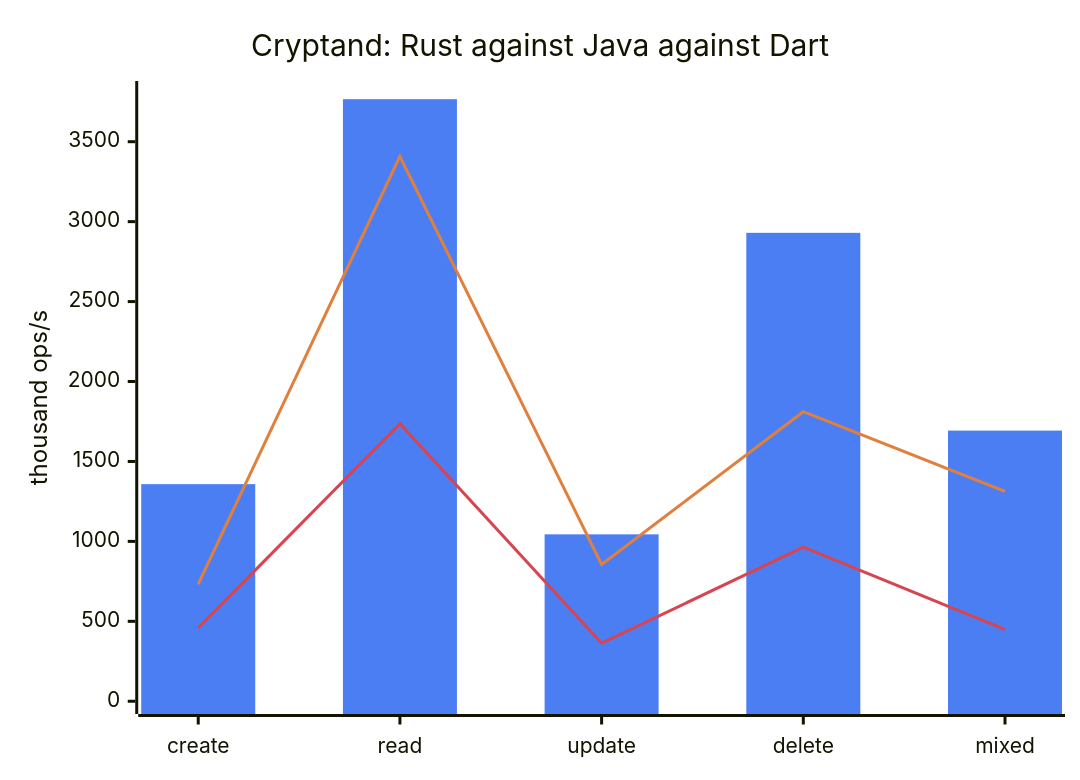
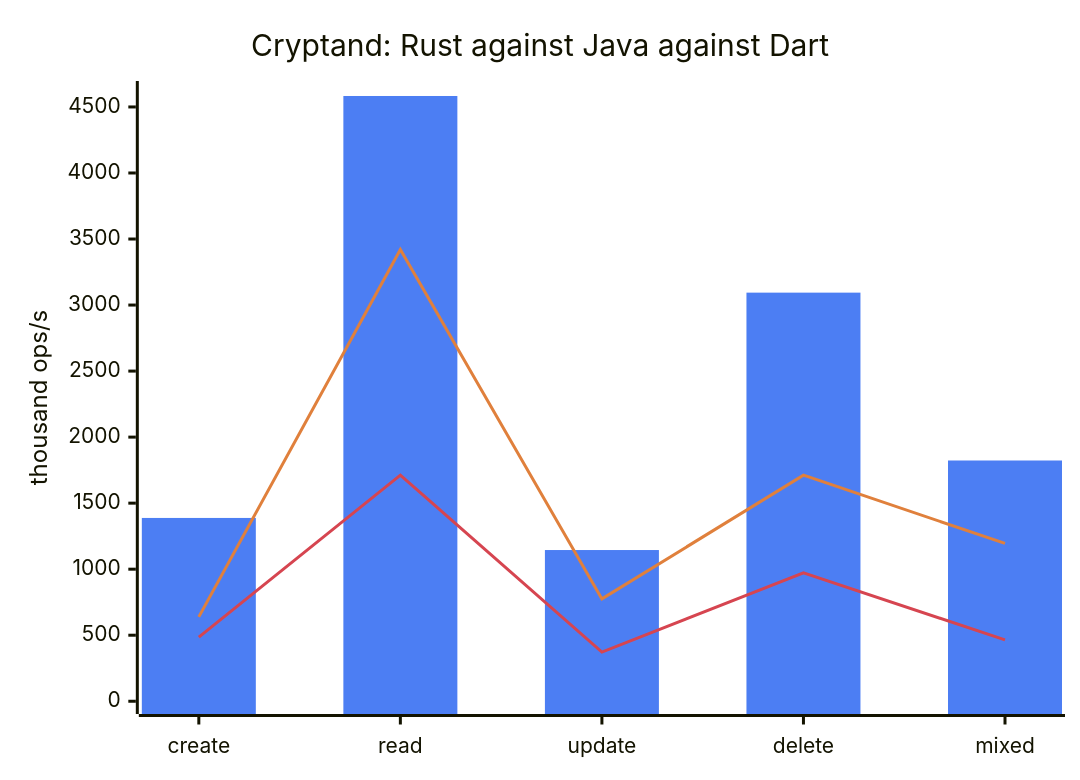
Before and after one commit to nitrite/cryptand: the fourth of 4 diagrams in reference/bench/RESULTS.md, drawn with Mermaid. The commit also changed other lines of this file and 34 other files, not shown here.

````diff
--- a/reference/bench/RESULTS.md
+++ b/reference/bench/RESULTS.md
@@ -187,10 +138,10 @@
 ```mermaid
 %%{init: {"themeVariables": {"xyChart": {"plotColorPalette": "#4C7EF3, #E0803C, #D64550"}}}}%%
 xychart-beta
     title "Cryptand: Rust against Java against Dart"
     x-axis ["create", "read", "update", "delete", "mixed"]
-    y-axis "thousand ops/s" 0 --> 3800
-    bar "rust" [1358, 3766, 1044, 2930, 1693]
-    line "java" [733, 3408, 856, 1811, 1313]
-    line "dart" [459, 1736, 363, 964, 449]
+    y-axis "thousand ops/s" 0 --> 4600
+    bar "rust" [1388, 4583, 1145, 3094, 1823]
+    line "java" [639, 3421, 775, 1712, 1195]
+    line "dart" [485, 1712, 372, 972, 465]
 ```
````
